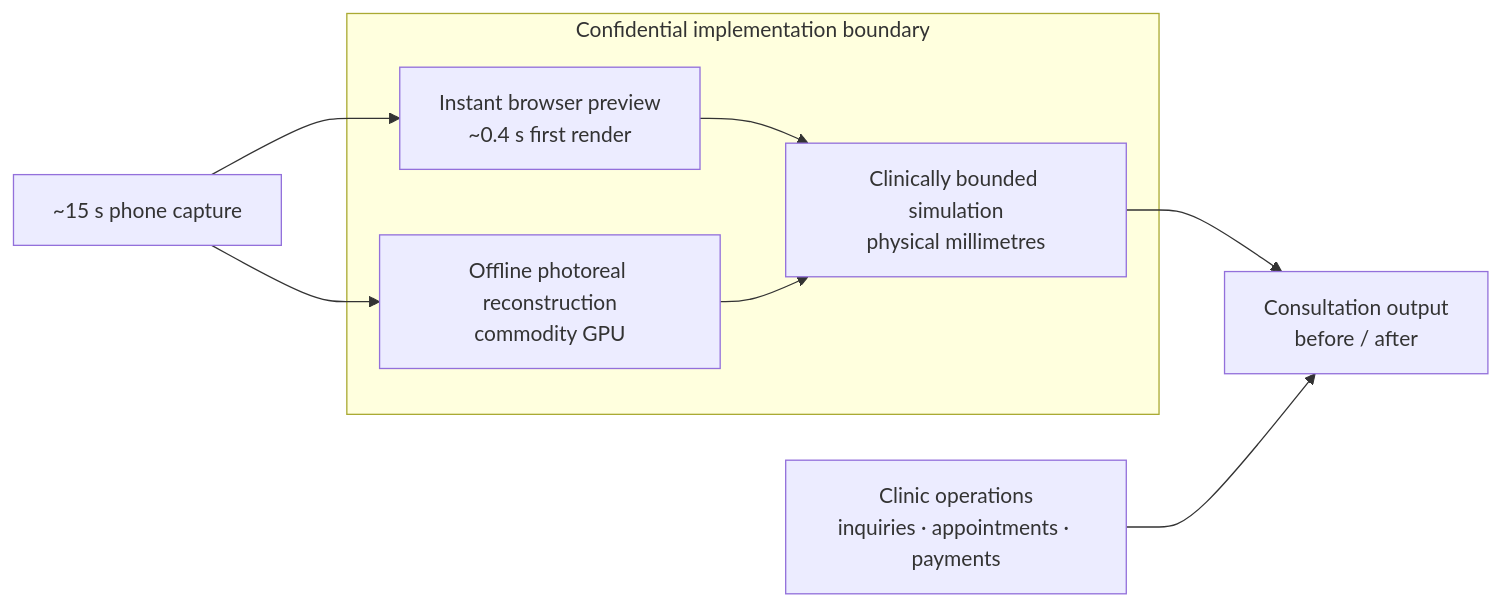
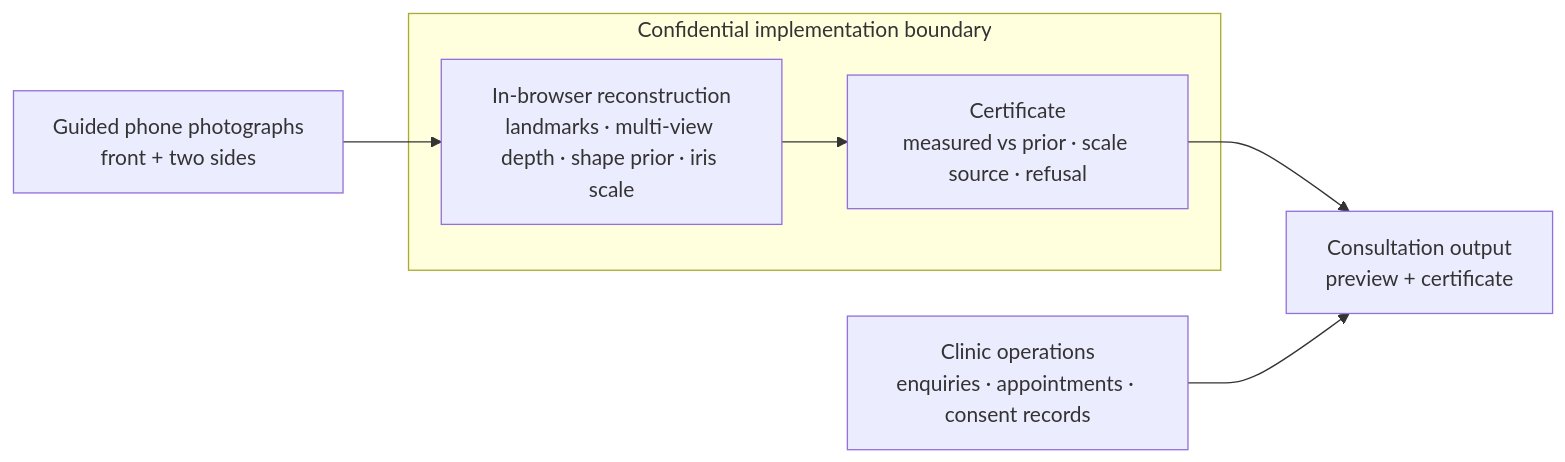
One commit to hilberspace-dev/portfolio changed the diagram in projects/04-aura-photoreal-3d-clinic-platform/README.md. Above: the diagram before and after it, drawn with Mermaid. The commit also changed other lines of this file and 3 other files, not shown here.

````diff
--- a/projects/04-aura-photoreal-3d-clinic-platform/README.md
+++ b/projects/04-aura-photoreal-3d-clinic-platform/README.md
@@ -45,19 +46,16 @@
 ```mermaid
 flowchart LR
-    A["~15 s phone capture"]
-    F["Clinic operations<br/>inquiries · appointments · payments"]
-    E["Consultation output<br/>before / after"]
+    A["Guided phone photographs<br/>front + two sides"]
+    F["Clinic operations<br/>enquiries · appointments · consent records"]
+    E["Consultation output<br/>preview + certificate"]
 
     subgraph C["Confidential implementation boundary"]
-        B["Instant browser preview<br/>~0.4 s first render"]
-        C1["Offline photoreal reconstruction<br/>commodity GPU"]
-        D["Clinically bounded simulation<br/>physical millimetres"]
+        B["In-browser reconstruction<br/>landmarks · multi-view depth · shape prior · iris scale"]
+        D["Certificate<br/>measured vs prior · scale source · refusal"]
         B --> D
-        C1 --> D
     end
 
     A --> B
-    A --> C1
     D --> E
     F --> E
 ```
````
